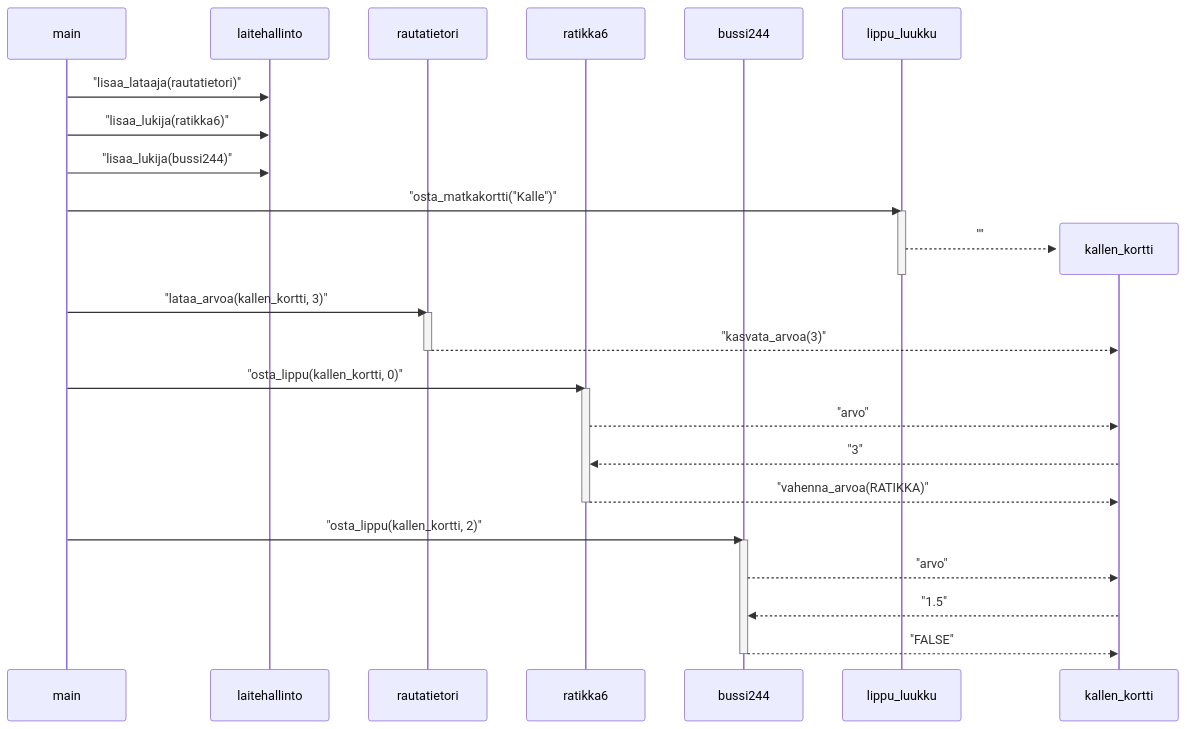
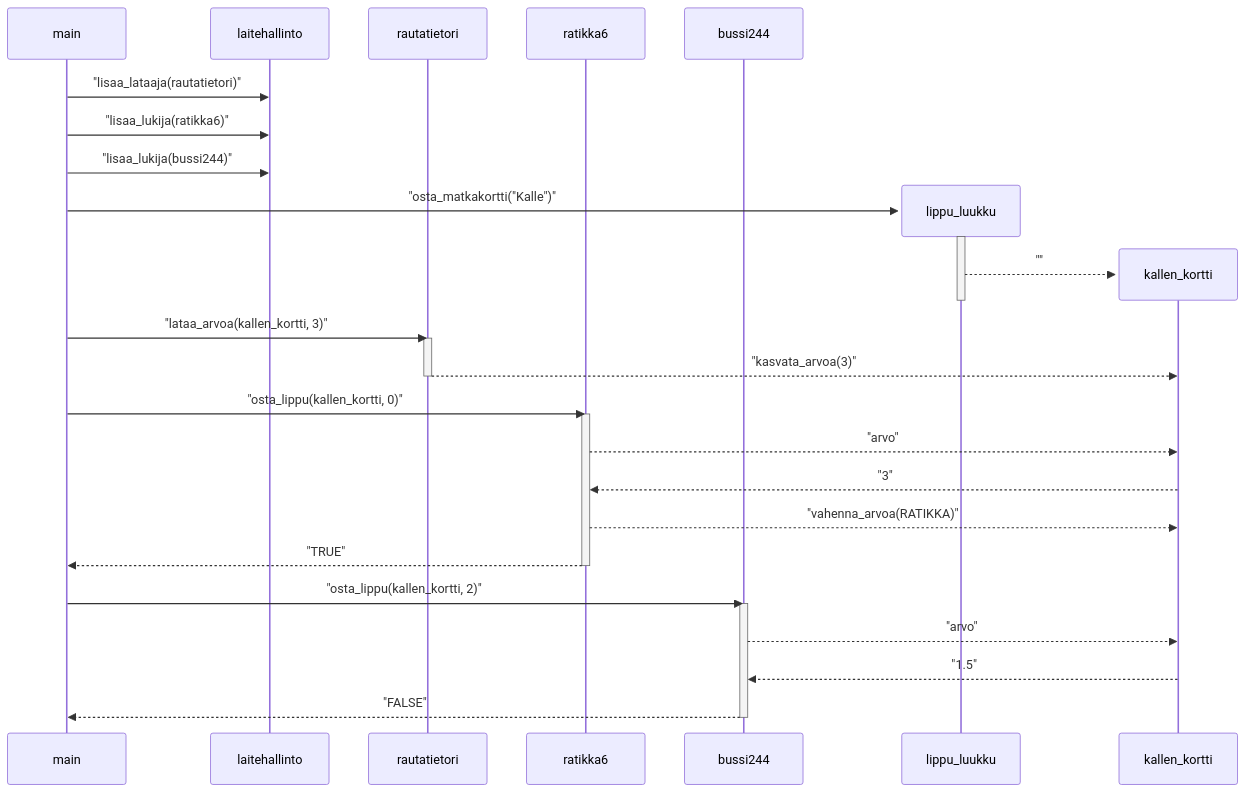
One commit to olgahuusari/ot-harjoitustyo changed the diagram in laskarit/viikko3/sekvenssikaavio.md. Above: the diagram before and after it, drawn with Mermaid.

````diff
--- a/laskarit/viikko3/sekvenssikaavio.md
+++ b/laskarit/viikko3/sekvenssikaavio.md
@@ -1,32 +1,34 @@
 ```mermaid
 sequenceDiagram
   participant main
   participant laitehallinto
   participant rautatietori
   participant ratikka6
   participant bussi244
   main ->> laitehallinto : "lisaa_lataaja(rautatietori)"
   main ->> laitehallinto : "lisaa_lukija(ratikka6)"
   main ->> laitehallinto : "lisaa_lukija(bussi244)"
+  create participant lippu_luukku
   main ->> lippu_luukku : "osta_matkakortti("Kalle")"
   activate lippu_luukku
   create participant kallen_kortti
   lippu_luukku -->> kallen_kortti : ""
   deactivate lippu_luukku
   main ->> rautatietori : "lataa_arvoa(kallen_kortti, 3)"
   activate rautatietori
   rautatietori -->> kallen_kortti : "kasvata_arvoa(3)"
   deactivate rautatietori
   main ->> ratikka6 : "osta_lippu(kallen_kortti, 0)"
   activate ratikka6
   ratikka6 -->> kallen_kortti : "arvo"
   kallen_kortti -->> ratikka6 : "3"
   ratikka6 -->> kallen_kortti : "vahenna_arvoa(RATIKKA)"
+  ratikka6 -->> main : "TRUE"
   deactivate ratikka6
   main ->> bussi244 : "osta_lippu(kallen_kortti, 2)"
   activate bussi244
   bussi244 -->> kallen_kortti : "arvo"
   kallen_kortti -->> bussi244 : "1.5"
-  bussi244 -->> kallen_kortti : "FALSE"
+  bussi244 -->> main : "FALSE"
   deactivate bussi244
 ```
````
